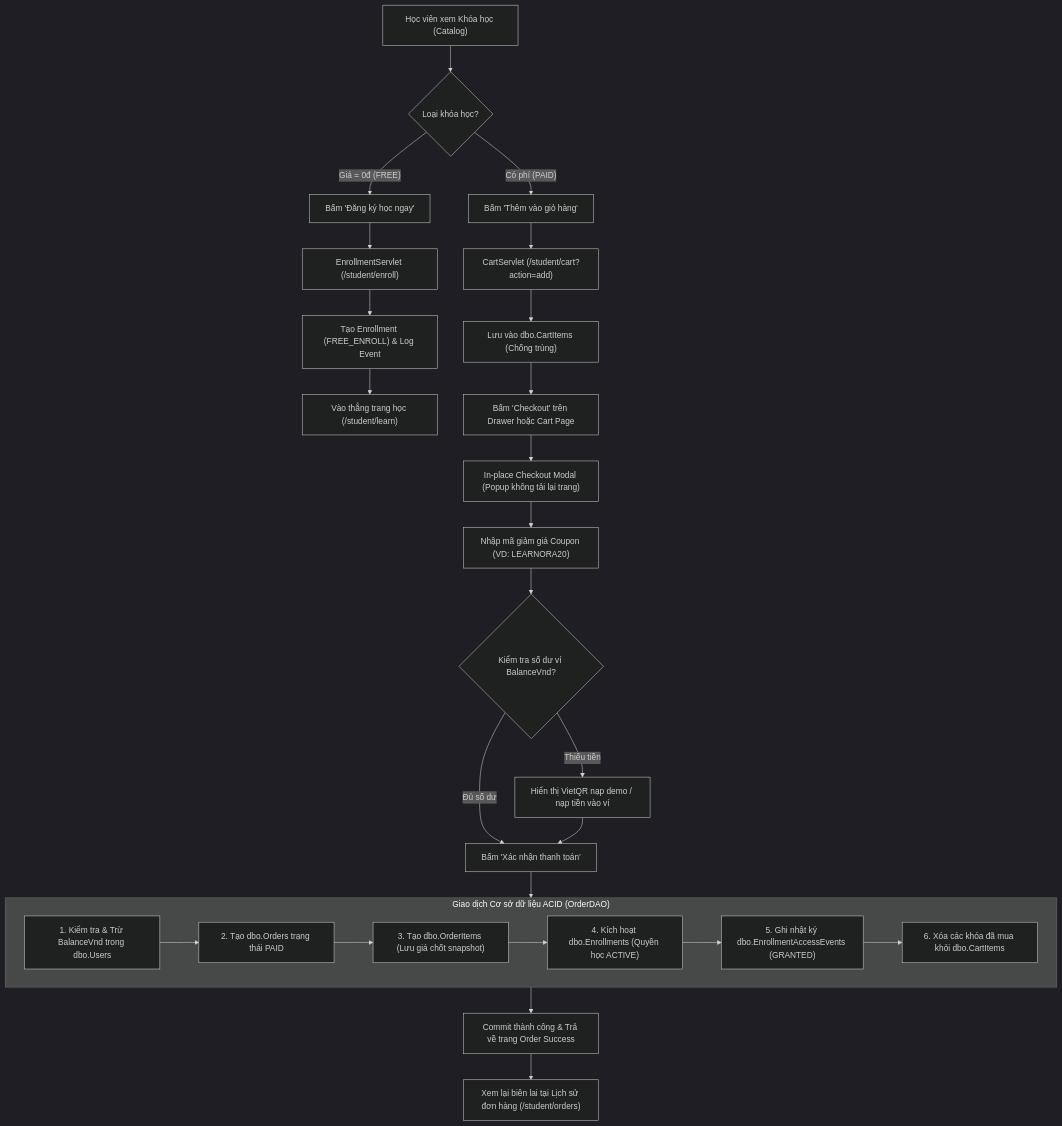
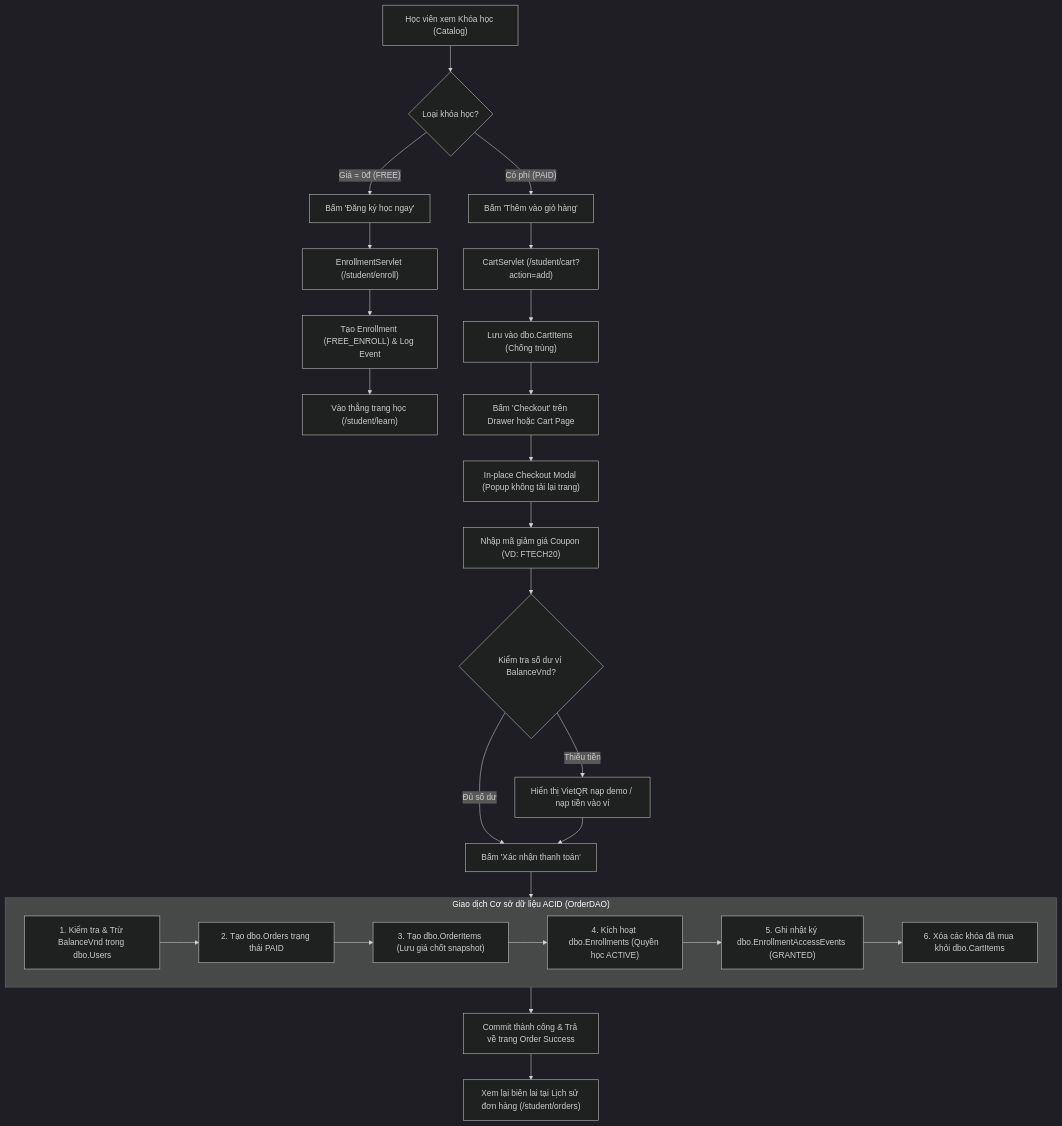
The diagram in docs/Bao_Cao_Bao_Ve_Project_Tai.md (ngtaiphat1501/Ftech_learning_online), drawn with Mermaid (dark theme) before and after one commit. The commit also changed other lines of this file and 14 other files, not shown here.

````diff
--- a/docs/Bao_Cao_Bao_Ve_Project_Tai.md
+++ b/docs/Bao_Cao_Bao_Ve_Project_Tai.md
@@ -53,35 +53,35 @@
 ```mermaid
 flowchart TD
     A["Học viên xem Khóa học (Catalog)"] --> B{"Loại khóa học?"}
     
     B -- "Giá = 0đ (FREE)" --> C["Bấm 'Đăng ký học ngay'"]
     C --> D["EnrollmentServlet (/student/enroll)"]
     D --> E["Tạo Enrollment (FREE_ENROLL) & Log Event"]
     E --> F["Vào thẳng trang học (/student/learn)"]
     
     B -- "Có phí (PAID)" --> G["Bấm 'Thêm vào giỏ hàng'"]
     G --> H["CartServlet (/student/cart?action=add)"]
     H --> I["Lưu vào dbo.CartItems (Chống trùng)"]
     I --> J["Bấm 'Checkout' trên Drawer hoặc Cart Page"]
     
     J --> K["In-place Checkout Modal (Popup không tải lại trang)"]
-    K --> L["Nhập mã giảm giá Coupon (VD: LEARNORA20)"]
+    K --> L["Nhập mã giảm giá Coupon (VD: FTECH20)"]
     L --> M{"Kiểm tra số dư ví BalanceVnd?"}
     
     M -- "Đủ số dư" --> N["Bấm 'Xác nhận thanh toán'"]
     M -- "Thiếu tiền" --> O["Hiển thị VietQR nạp demo / nạp tiền vào ví"]
     O --> N
     
     N --> P["DB Transaction (Connection.setAutoCommit(false))"]
     
     subgraph P ["Giao dịch Cơ sở dữ liệu ACID (OrderDAO)"]
         P1["1. Kiểm tra & Trừ BalanceVnd trong dbo.Users"] --> P2["2. Tạo dbo.Orders trạng thái PAID"]
         P2 --> P3["3. Tạo dbo.OrderItems (Lưu giá chốt snapshot)"]
         P3 --> P4["4. Kích hoạt dbo.Enrollments (Quyền học ACTIVE)"]
         P4 --> P5["5. Ghi nhật ký dbo.EnrollmentAccessEvents (GRANTED)"]
         P5 --> P6["6. Xóa các khóa đã mua khỏi dbo.CartItems"]
     end
     
     P --> Q["Commit thành công & Trả về trang Order Success"]
     Q --> R["Xem lại biên lai tại Lịch sử đơn hàng (/student/orders)"]
 ```
````
